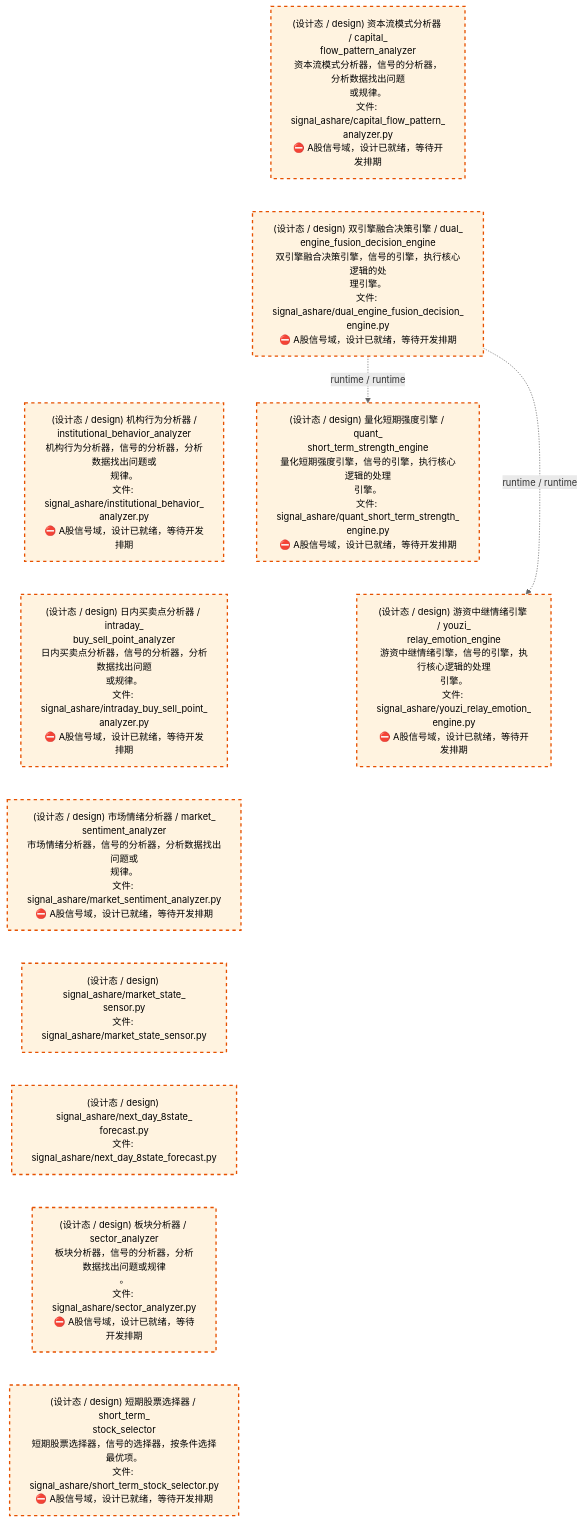
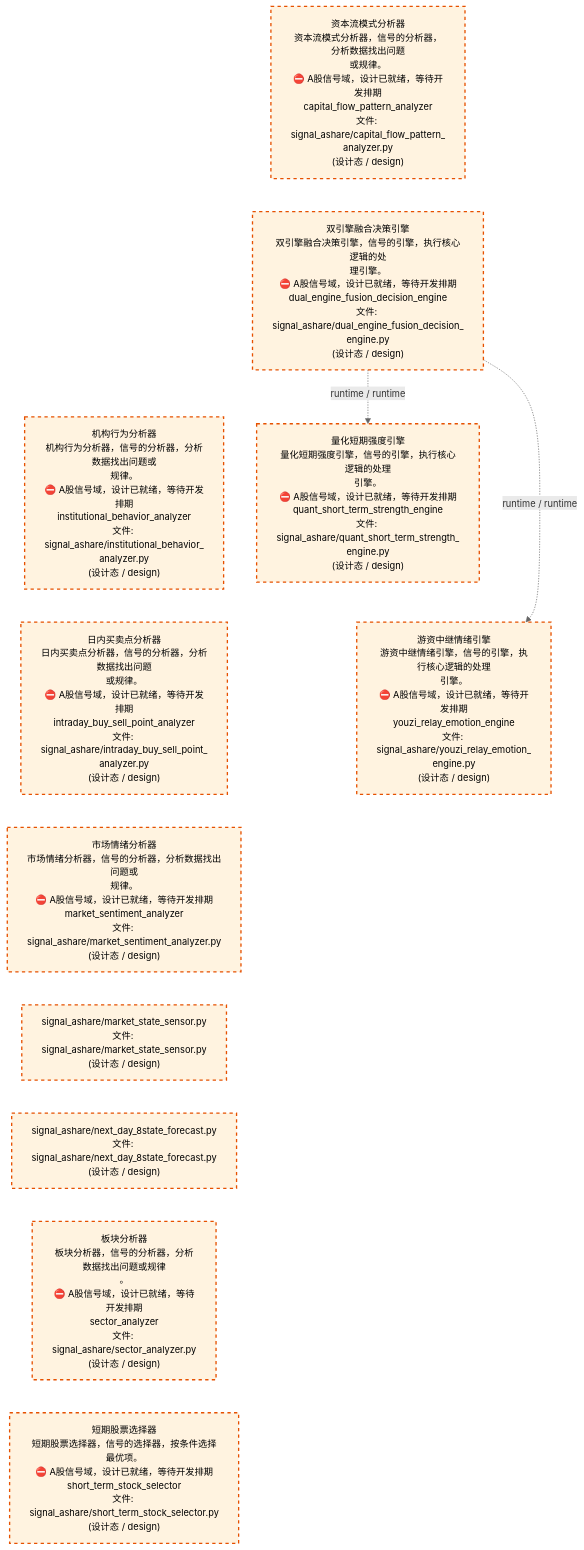
The third of 4 diagrams in docs/02_enterprise_architecture/02_domain_architecture_docs/32_d_ashare_signal.md (xuanFelixVan/ZephyrAlpha), drawn with Mermaid before and after one commit. The commit also changed other lines of this file and 62 other files, not shown here.

````diff
--- a/docs/02_enterprise_architecture/02_domain_architecture_docs/32_d_ashare_signal.md
+++ b/docs/02_enterprise_architecture/02_domain_architecture_docs/32_d_ashare_signal.md
@@ -134,31 +134,31 @@
 ```mermaid
 %%{init: {'theme': 'base', 'themeVariables': {'primaryColor': '#eaeaea', 'primaryTextColor': '#333333', 'primaryBorderColor': '#666666', 'lineColor': '#666666', 'secondaryColor': '#eaeaea', 'tertiaryColor': '#eaeaea', 'fontSize': '14px'}}}%%
 flowchart TD
-    src_zephyr_signal_ashare_capital_flow_pattern_analyzer_py["(设计态 / design) 资本流模式分析器 / capital_<br/>flow_pattern_analyzer<br/>资本流模式分析器，信号的分析器，分析数据找出问题<br/>或规律。<br/>文件: signal_ashare/capital_flow_pattern_<br/>analyzer.py<br/>⛔ A股信号域，设计已就绪，等待开发排期"]
-    src_zephyr_signal_ashare_dual_engine_fusion_decision_engine_py["(设计态 / design) 双引擎融合决策引擎 / dual_<br/>engine_fusion_decision_engine<br/>双引擎融合决策引擎，信号的引擎，执行核心逻辑的处<br/>理引擎。<br/>文件: signal_ashare/dual_engine_fusion_decision_<br/>engine.py<br/>⛔ A股信号域，设计已就绪，等待开发排期"]
-    src_zephyr_signal_ashare_institutional_behavior_analyzer_py["(设计态 / design) 机构行为分析器 /<br/>institutional_behavior_analyzer<br/>机构行为分析器，信号的分析器，分析数据找出问题或<br/>规律。<br/>文件: signal_ashare/institutional_behavior_<br/>analyzer.py<br/>⛔ A股信号域，设计已就绪，等待开发排期"]
-    src_zephyr_signal_ashare_intraday_buy_sell_point_analyzer_py["(设计态 / design) 日内买卖点分析器 / intraday_<br/>buy_sell_point_analyzer<br/>日内买卖点分析器，信号的分析器，分析数据找出问题<br/>或规律。<br/>文件: signal_ashare/intraday_buy_sell_point_<br/>analyzer.py<br/>⛔ A股信号域，设计已就绪，等待开发排期"]
-    src_zephyr_signal_ashare_market_sentiment_analyzer_py["(设计态 / design) 市场情绪分析器 / market_<br/>sentiment_analyzer<br/>市场情绪分析器，信号的分析器，分析数据找出问题或<br/>规律。<br/>文件: signal_ashare/market_sentiment_analyzer.py<br/>⛔ A股信号域，设计已就绪，等待开发排期"]
-    src_zephyr_signal_ashare_market_state_sensor_py["(设计态 / design) signal_ashare/market_state_<br/>sensor.py<br/>文件: signal_ashare/market_state_sensor.py"]
-    src_zephyr_signal_ashare_next_day_8state_forecast_py["(设计态 / design) signal_ashare/next_day_8state_<br/>forecast.py<br/>文件: signal_ashare/next_day_8state_forecast.py"]
-    src_zephyr_signal_ashare_sector_analyzer_py["(设计态 / design) 板块分析器 / sector_analyzer<br/>板块分析器，信号的分析器，分析数据找出问题或规律<br/>。<br/>文件: signal_ashare/sector_analyzer.py<br/>⛔ A股信号域，设计已就绪，等待开发排期"]
-    src_zephyr_signal_ashare_short_term_stock_selector_py["(设计态 / design) 短期股票选择器 / short_term_<br/>stock_selector<br/>短期股票选择器，信号的选择器，按条件选择最优项。<br/>文件: signal_ashare/short_term_stock_selector.py<br/>⛔ A股信号域，设计已就绪，等待开发排期"]
+    src_zephyr_signal_ashare_capital_flow_pattern_analyzer_py["资本流模式分析器<br/>资本流模式分析器，信号的分析器，分析数据找出问题<br/>或规律。<br/>⛔ A股信号域，设计已就绪，等待开发排期<br/>capital_flow_pattern_analyzer<br/>文件: signal_ashare/capital_flow_pattern_<br/>analyzer.py<br/>(设计态 / design)"]
+    src_zephyr_signal_ashare_dual_engine_fusion_decision_engine_py["双引擎融合决策引擎<br/>双引擎融合决策引擎，信号的引擎，执行核心逻辑的处<br/>理引擎。<br/>⛔ A股信号域，设计已就绪，等待开发排期<br/>dual_engine_fusion_decision_engine<br/>文件: signal_ashare/dual_engine_fusion_decision_<br/>engine.py<br/>(设计态 / design)"]
+    src_zephyr_signal_ashare_institutional_behavior_analyzer_py["机构行为分析器<br/>机构行为分析器，信号的分析器，分析数据找出问题或<br/>规律。<br/>⛔ A股信号域，设计已就绪，等待开发排期<br/>institutional_behavior_analyzer<br/>文件: signal_ashare/institutional_behavior_<br/>analyzer.py<br/>(设计态 / design)"]
+    src_zephyr_signal_ashare_intraday_buy_sell_point_analyzer_py["日内买卖点分析器<br/>日内买卖点分析器，信号的分析器，分析数据找出问题<br/>或规律。<br/>⛔ A股信号域，设计已就绪，等待开发排期<br/>intraday_buy_sell_point_analyzer<br/>文件: signal_ashare/intraday_buy_sell_point_<br/>analyzer.py<br/>(设计态 / design)"]
+    src_zephyr_signal_ashare_market_sentiment_analyzer_py["市场情绪分析器<br/>市场情绪分析器，信号的分析器，分析数据找出问题或<br/>规律。<br/>⛔ A股信号域，设计已就绪，等待开发排期<br/>market_sentiment_analyzer<br/>文件: signal_ashare/market_sentiment_analyzer.py<br/>(设计态 / design)"]
+    src_zephyr_signal_ashare_market_state_sensor_py["signal_ashare/market_state_sensor.py<br/>文件: signal_ashare/market_state_sensor.py<br/>(设计态 / design)"]
+    src_zephyr_signal_ashare_next_day_8state_forecast_py["signal_ashare/next_day_8state_forecast.py<br/>文件: signal_ashare/next_day_8state_forecast.py<br/>(设计态 / design)"]
+    src_zephyr_signal_ashare_sector_analyzer_py["板块分析器<br/>板块分析器，信号的分析器，分析数据找出问题或规律<br/>。<br/>⛔ A股信号域，设计已就绪，等待开发排期<br/>sector_analyzer<br/>文件: signal_ashare/sector_analyzer.py<br/>(设计态 / design)"]
+    src_zephyr_signal_ashare_short_term_stock_selector_py["短期股票选择器<br/>短期股票选择器，信号的选择器，按条件选择最优项。<br/>⛔ A股信号域，设计已就绪，等待开发排期<br/>short_term_stock_selector<br/>文件: signal_ashare/short_term_stock_selector.py<br/>(设计态 / design)"]
     src_zephyr_signal_ashare_capital_flow_pattern_analyzer_py ~~~ src_zephyr_signal_ashare_dual_engine_fusion_decision_engine_py
     src_zephyr_signal_ashare_dual_engine_fusion_decision_engine_py ~~~ src_zephyr_signal_ashare_institutional_behavior_analyzer_py
     src_zephyr_signal_ashare_institutional_behavior_analyzer_py ~~~ src_zephyr_signal_ashare_intraday_buy_sell_point_analyzer_py
     src_zephyr_signal_ashare_intraday_buy_sell_point_analyzer_py ~~~ src_zephyr_signal_ashare_market_sentiment_analyzer_py
     src_zephyr_signal_ashare_market_sentiment_analyzer_py ~~~ src_zephyr_signal_ashare_market_state_sensor_py
     src_zephyr_signal_ashare_market_state_sensor_py ~~~ src_zephyr_signal_ashare_next_day_8state_forecast_py
     src_zephyr_signal_ashare_next_day_8state_forecast_py ~~~ src_zephyr_signal_ashare_sector_analyzer_py
     src_zephyr_signal_ashare_sector_analyzer_py ~~~ src_zephyr_signal_ashare_short_term_stock_selector_py
-    src_zephyr_signal_ashare_quant_short_term_strength_engine_py["(设计态 / design) 量化短期强度引擎 / quant_<br/>short_term_strength_engine<br/>量化短期强度引擎，信号的引擎，执行核心逻辑的处理<br/>引擎。<br/>文件: signal_ashare/quant_short_term_strength_<br/>engine.py<br/>⛔ A股信号域，设计已就绪，等待开发排期"]
-    src_zephyr_signal_ashare_youzi_relay_emotion_engine_py["(设计态 / design) 游资中继情绪引擎 / youzi_<br/>relay_emotion_engine<br/>游资中继情绪引擎，信号的引擎，执行核心逻辑的处理<br/>引擎。<br/>文件: signal_ashare/youzi_relay_emotion_<br/>engine.py<br/>⛔ A股信号域，设计已就绪，等待开发排期"]
+    src_zephyr_signal_ashare_quant_short_term_strength_engine_py["量化短期强度引擎<br/>量化短期强度引擎，信号的引擎，执行核心逻辑的处理<br/>引擎。<br/>⛔ A股信号域，设计已就绪，等待开发排期<br/>quant_short_term_strength_engine<br/>文件: signal_ashare/quant_short_term_strength_<br/>engine.py<br/>(设计态 / design)"]
+    src_zephyr_signal_ashare_youzi_relay_emotion_engine_py["游资中继情绪引擎<br/>游资中继情绪引擎，信号的引擎，执行核心逻辑的处理<br/>引擎。<br/>⛔ A股信号域，设计已就绪，等待开发排期<br/>youzi_relay_emotion_engine<br/>文件: signal_ashare/youzi_relay_emotion_<br/>engine.py<br/>(设计态 / design)"]
     src_zephyr_signal_ashare_quant_short_term_strength_engine_py ~~~ src_zephyr_signal_ashare_youzi_relay_emotion_engine_py
     src_zephyr_signal_ashare_dual_engine_fusion_decision_engine_py -.->|runtime / runtime| src_zephyr_signal_ashare_youzi_relay_emotion_engine_py
     src_zephyr_signal_ashare_dual_engine_fusion_decision_engine_py -.->|runtime / runtime| src_zephyr_signal_ashare_quant_short_term_strength_engine_py
     classDef production fill:#e1f5fe,stroke:#01579b,stroke-width:2px,color:#000
     classDef design fill:#fff3e0,stroke:#e65100,stroke-width:2px,color:#000,stroke-dasharray: 5 5
     classDef external_prod fill:#e8f4fd,stroke:#0277bd,stroke-width:1px,color:#000
     classDef external_design fill:#fff8e7,stroke:#ef6c00,stroke-width:1px,color:#000,stroke-dasharray: 5 5
     class src_zephyr_signal_ashare_capital_flow_pattern_analyzer_py,src_zephyr_signal_ashare_dual_engine_fusion_decision_engine_py,src_zephyr_signal_ashare_institutional_behavior_analyzer_py,src_zephyr_signal_ashare_intraday_buy_sell_point_analyzer_py,src_zephyr_signal_ashare_market_sentiment_analyzer_py,src_zephyr_signal_ashare_market_state_sensor_py,src_zephyr_signal_ashare_next_day_8state_forecast_py,src_zephyr_signal_ashare_quant_short_term_strength_engine_py,src_zephyr_signal_ashare_sector_analyzer_py,src_zephyr_signal_ashare_short_term_stock_selector_py,src_zephyr_signal_ashare_youzi_relay_emotion_engine_py design
 ```
````
